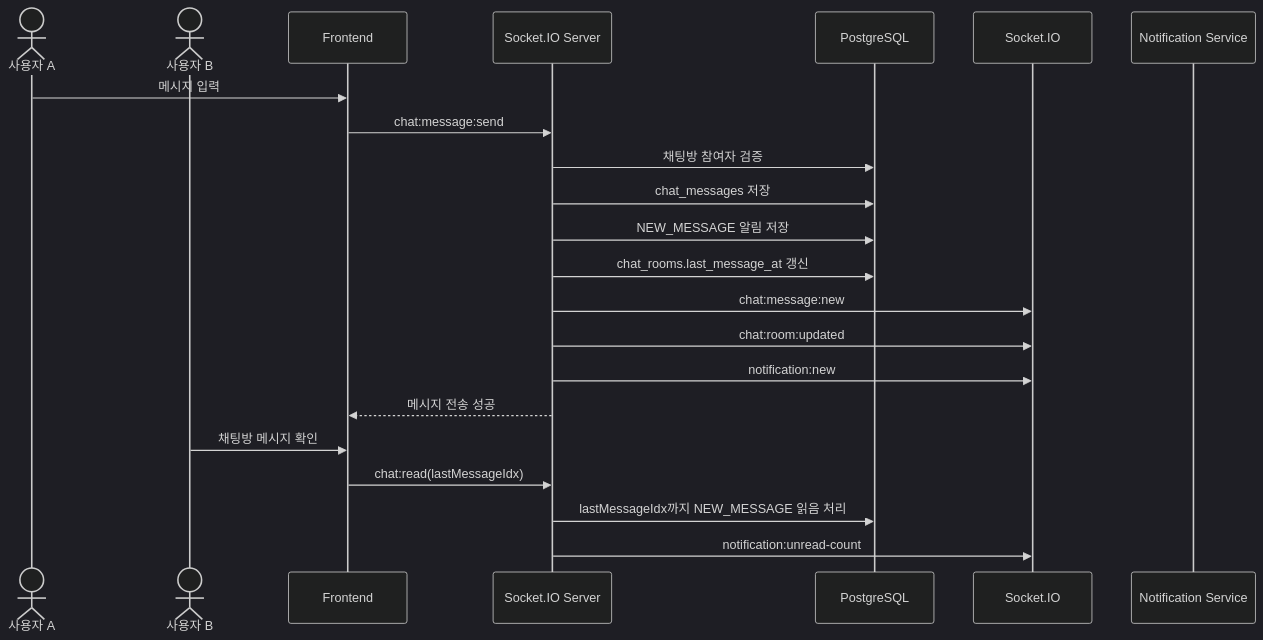
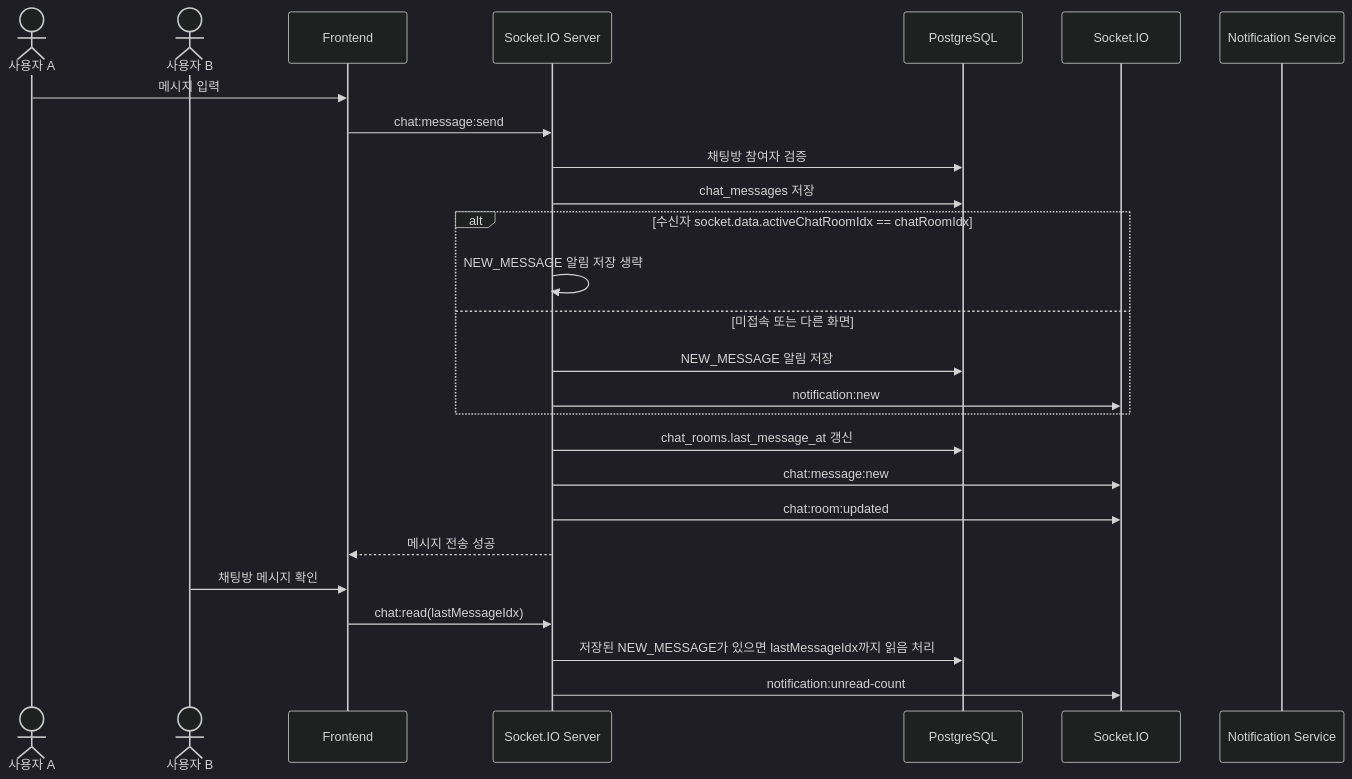
The diagram in docs/Potato-Land-Docs/04. 다이어그램/E-01 채팅 알림 시퀀스.md (hurwan0629/potato-land), drawn with Mermaid (dark theme) before and after one commit. The commit also changed other lines of this file and 70 other files, not shown here.

````diff
--- a/docs/Potato-Land-Docs/04. 다이어그램/E-01 채팅 알림 시퀀스.md
+++ b/docs/Potato-Land-Docs/04. 다이어그램/E-01 채팅 알림 시퀀스.md
@@ -3,26 +3,30 @@
 ```mermaid
 sequenceDiagram
     actor A as 사용자 A
     actor B as 사용자 B
     participant F as Frontend
     participant S as Socket.IO Server
     participant D as PostgreSQL
     participant IO as Socket.IO
     participant N as Notification Service
 
     A->>F: 메시지 입력
     F->>S: chat:message:send
     S->>D: 채팅방 참여자 검증
     S->>D: chat_messages 저장
-    S->>D: NEW_MESSAGE 알림 저장
+    alt 수신자 socket.data.activeChatRoomIdx == chatRoomIdx
+        S->>S: NEW_MESSAGE 알림 저장 생략
+    else 미접속 또는 다른 화면
+        S->>D: NEW_MESSAGE 알림 저장
+        S->>IO: notification:new
+    end
     S->>D: chat_rooms.last_message_at 갱신
     S->>IO: chat:message:new
     S->>IO: chat:room:updated
-    S->>IO: notification:new
     S-->>F: 메시지 전송 성공
 
     B->>F: 채팅방 메시지 확인
     F->>S: chat:read(lastMessageIdx)
-    S->>D: lastMessageIdx까지 NEW_MESSAGE 읽음 처리
+    S->>D: 저장된 NEW_MESSAGE가 있으면 lastMessageIdx까지 읽음 처리
     S->>IO: notification:unread-count
 ```
````
